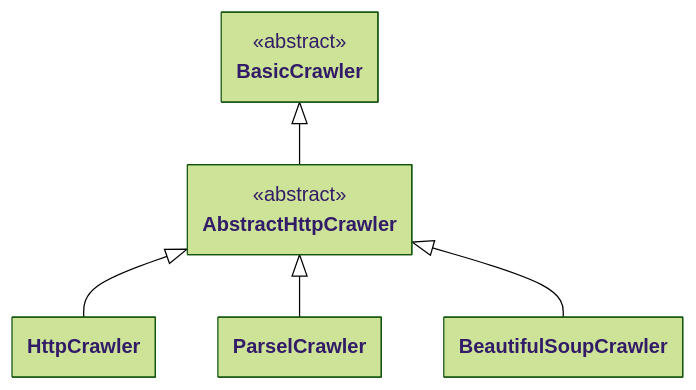
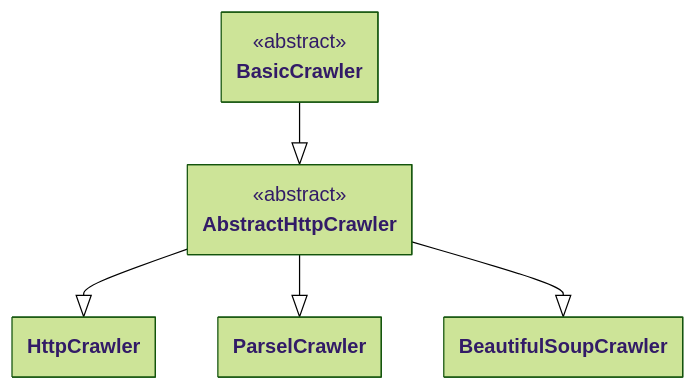
One commit to apify/crawlee-python changed the diagram in docs/guides/http_crawlers.mdx. Above: the diagram before and after it, drawn with Mermaid (forest theme). The commit also changed 9 other files, not shown here.

````diff
--- a/docs/guides/http_crawlers.mdx
+++ b/docs/guides/http_crawlers.mdx
@@ -22,40 +22,40 @@
 ```mermaid
 ---
 config:
     class:
         hideEmptyMembersBox: true
 ---
 
 classDiagram
 
 %% ========================
 %% Abstract classes
 %% ========================
 
 class BasicCrawler {
     <<abstract>>
 }
 
 class AbstractHttpCrawler {
     <<abstract>>
 }
 
 %% ========================
 %% Specific classes
 %% ========================
 
 class HttpCrawler
 
 class ParselCrawler
 
 class BeautifulSoupCrawler
 
 %% ========================
 %% Inheritance arrows
 %% ========================
 
-BasicCrawler <|-- AbstractHttpCrawler
-AbstractHttpCrawler <|-- HttpCrawler
-AbstractHttpCrawler <|-- ParselCrawler
-AbstractHttpCrawler <|-- BeautifulSoupCrawler
+BasicCrawler --|> AbstractHttpCrawler
+AbstractHttpCrawler --|> HttpCrawler
+AbstractHttpCrawler --|> ParselCrawler
+AbstractHttpCrawler --|> BeautifulSoupCrawler
 ```
````
